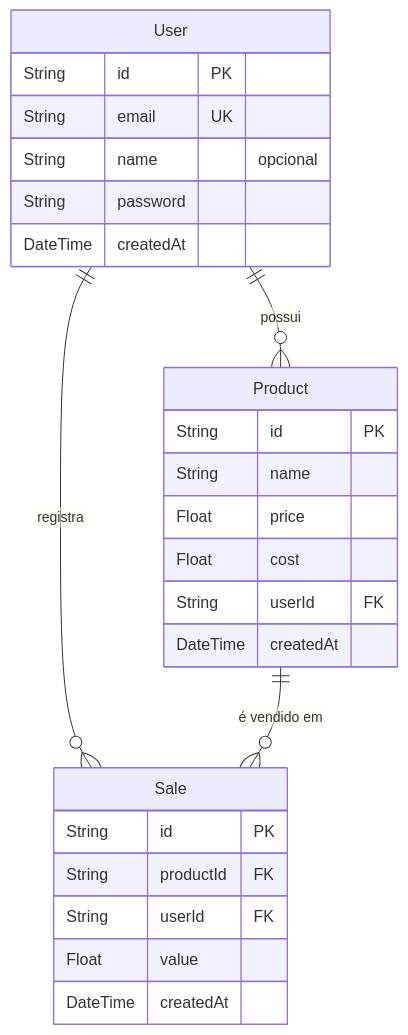
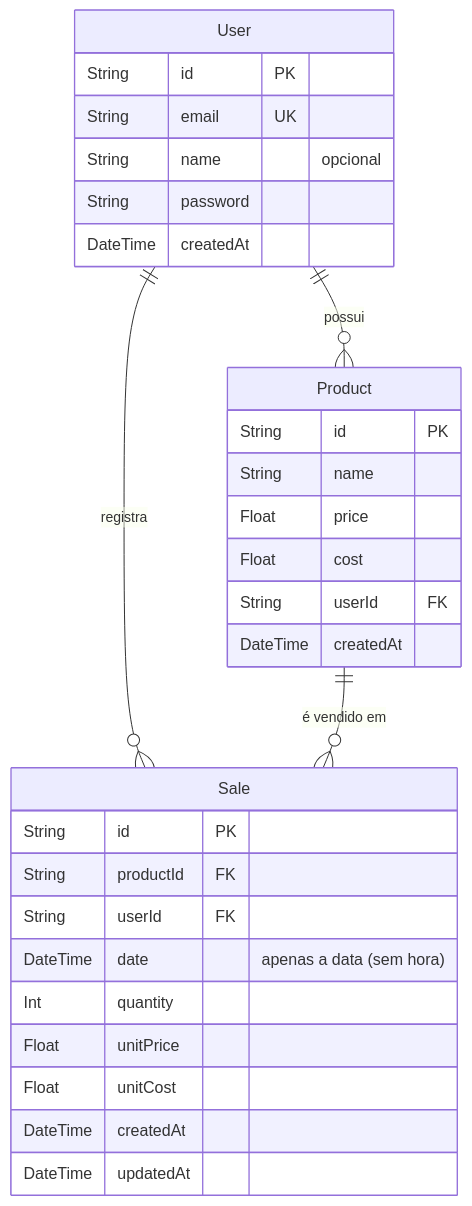
One commit to fSantosLima/tico-lanches changed the second of 3 diagrams in README.md. Above: the diagram before and after it, drawn with Mermaid. The commit also changed other lines of this file, not shown here.

Commit message:
docs: update README to reflect sprint 2 architecture (proxy.ts, new Sale model, lancamento route, 31 tests)

````diff
--- a/README.md
+++ b/README.md
@@ -103,29 +104,33 @@
 ```mermaid
 erDiagram
     User {
         String id PK
         String email UK
         String name "opcional"
         String password
         DateTime createdAt
     }
     Product {
         String id PK
         String name
         Float price
         Float cost
         String userId FK
         DateTime createdAt
     }
     Sale {
         String id PK
         String productId FK
         String userId FK
-        Float value
+        DateTime date "apenas a data (sem hora)"
+        Int quantity
+        Float unitPrice
+        Float unitCost
         DateTime createdAt
+        DateTime updatedAt
     }
 
     User ||--o{ Product : "possui"
     User ||--o{ Sale : "registra"
     Product ||--o{ Sale : "é vendido em"
 ```
````
